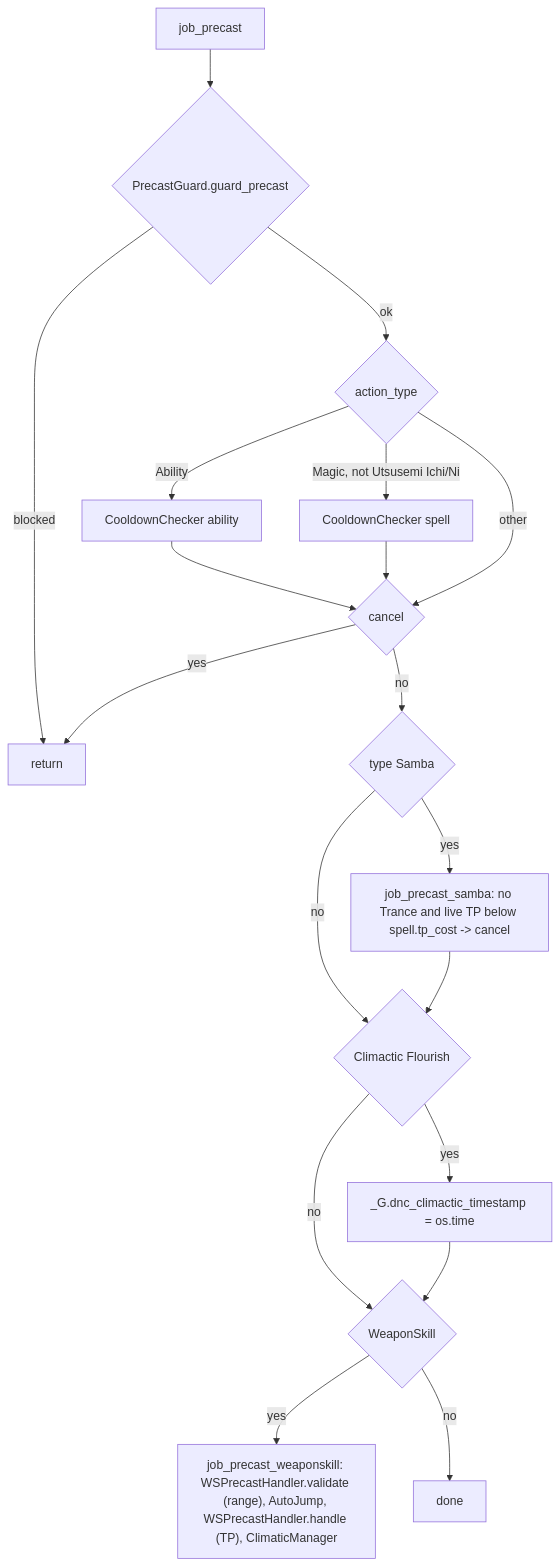
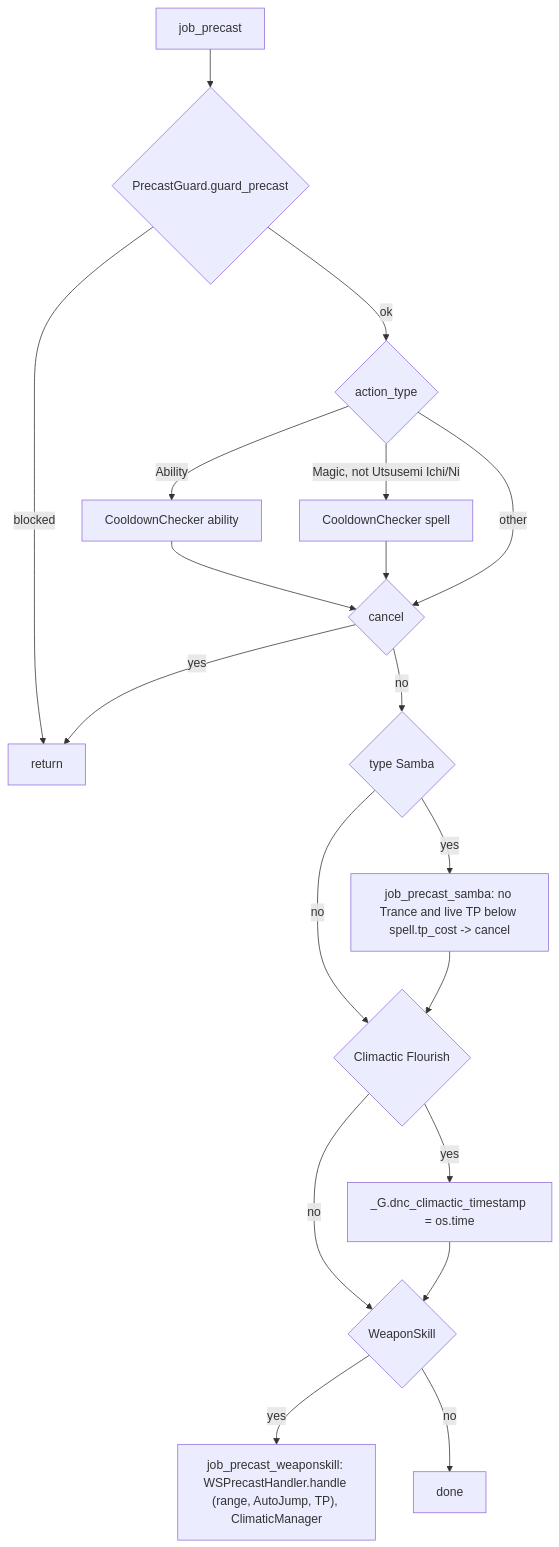
Before and after one commit to ejouanchicot/Gearswap: the second of 3 diagrams in docs/dev/jobs/dnc.md, drawn with Mermaid. The commit also changed other lines of this file and 90 other files, not shown here.

First line of the commit message:
docs: _common, WHERE-IS-WHAT.txt, smartbuff and Jump Auto on every job

````diff
--- a/docs/dev/jobs/dnc.md
+++ b/docs/dev/jobs/dnc.md
@@ -130,21 +133,21 @@
 ```mermaid
 flowchart TD
     A[job_precast] --> B{PrecastGuard.guard_precast}
     B -- blocked --> Z[return]
     B -- ok --> C{action_type}
     C -- Ability --> D[CooldownChecker ability]
     C -- "Magic, not Utsusemi Ichi/Ni" --> E[CooldownChecker spell]
     D --> F{cancel}
     E --> F
     C -- other --> F
     F -- yes --> Z
     F -- no --> G{type Samba}
     G -- yes --> H["job_precast_samba: no Trance and live TP below spell.tp_cost -> cancel"]
     G -- no --> I
     H --> I{Climactic Flourish}
     I -- yes --> J[_G.dnc_climactic_timestamp = os.time]
     I -- no --> K
     J --> K{WeaponSkill}
-    K -- yes --> L["job_precast_weaponskill: WSPrecastHandler.validate (range), AutoJump, WSPrecastHandler.handle (TP), ClimaticManager"]
+    K -- yes --> L["job_precast_weaponskill: WSPrecastHandler.handle (range, AutoJump, TP), ClimaticManager"]
     K -- no --> Z3[done]
 ```
````
